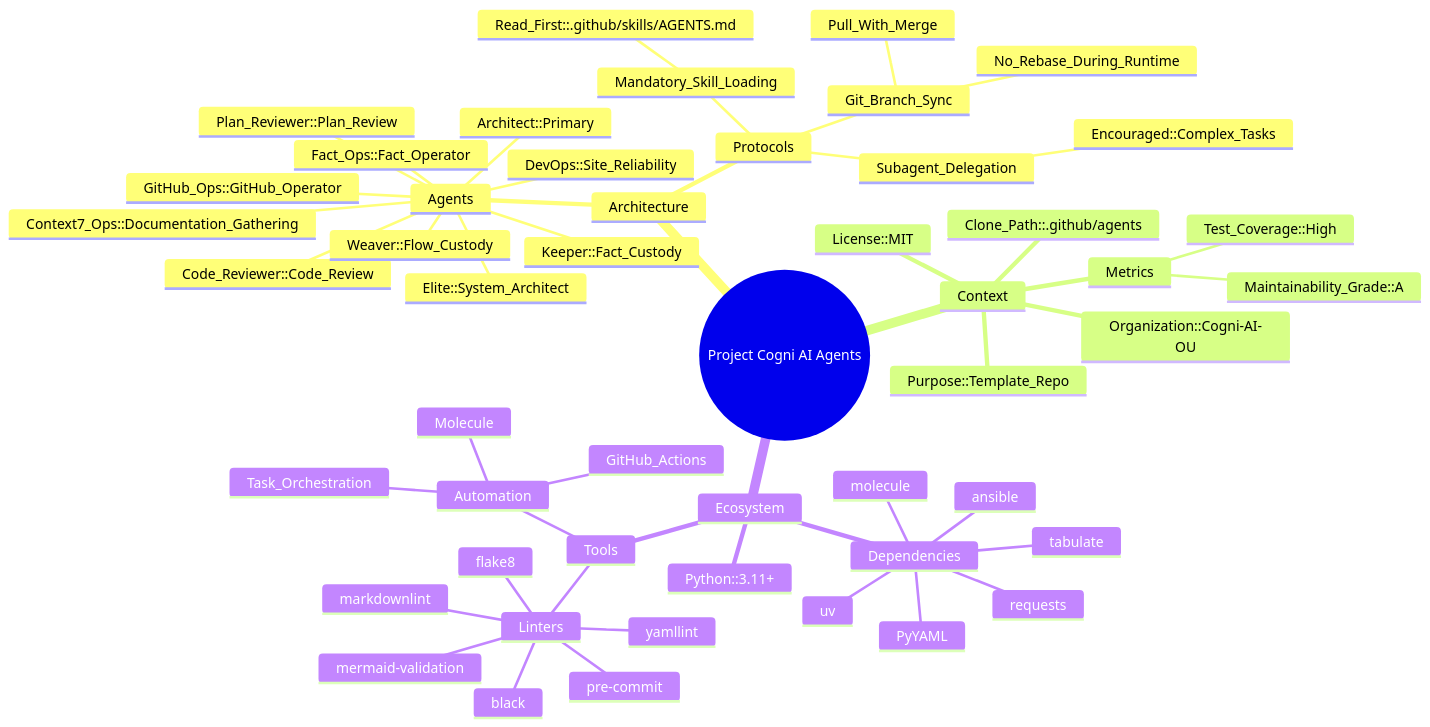
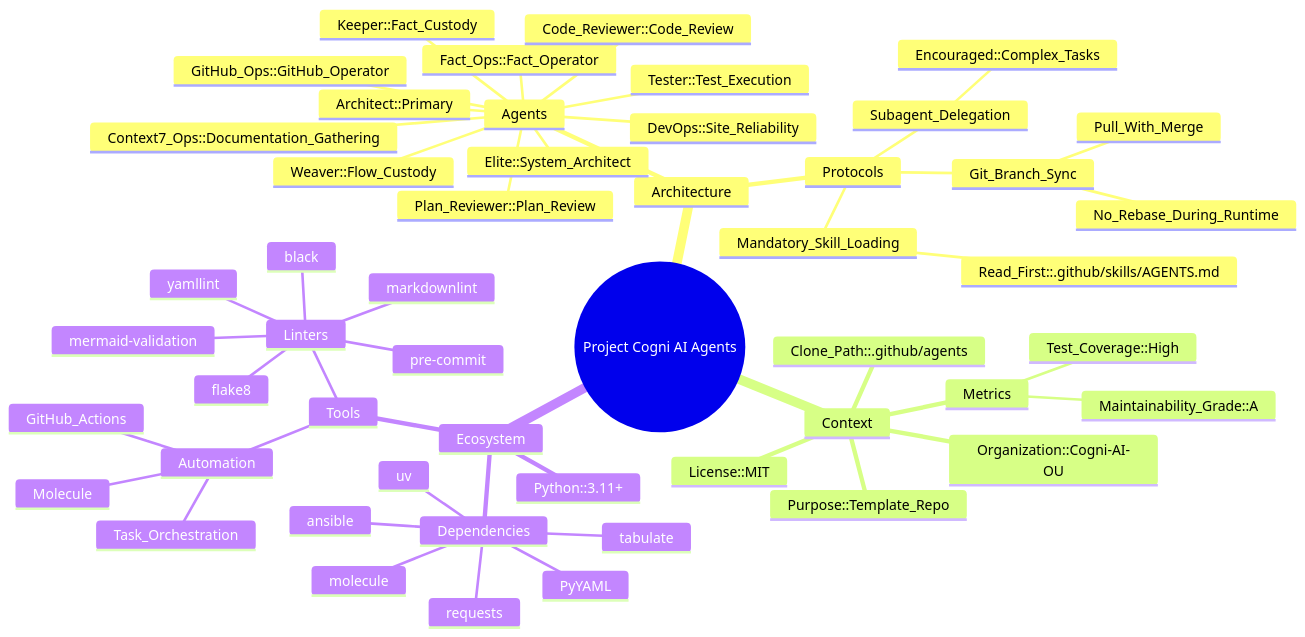
One commit to Cogni-AI-OU/cogni-ai-agents changed the diagram in FACTS.mmd. Above: the diagram before and after it, drawn with Mermaid. The commit also changed 3 other files, not shown here.

```diff
--- a/FACTS.mmd
+++ b/FACTS.mmd
@@ -1,54 +1,55 @@
 %% Project's facts
 %% Note: Keep items in alphabetical order.
 mindmap
   root((Project Cogni AI Agents))
     Architecture
       Agents
         Architect::Primary
         Context7_Ops::Documentation_Gathering
         DevOps::Site_Reliability
         Elite::System_Architect
         Fact_Ops::Fact_Operator
         GitHub_Ops::GitHub_Operator
         Keeper::Fact_Custody
         Code_Reviewer::Code_Review
         Plan_Reviewer::Plan_Review
+        Tester::Test_Execution
         Weaver::Flow_Custody
       Protocols
         Git_Branch_Sync
           No_Rebase_During_Runtime
           Pull_With_Merge
         Mandatory_Skill_Loading
           Read_First::.github/skills/AGENTS.md
         Subagent_Delegation
           Encouraged::Complex_Tasks
 
     Context
       Clone_Path::.github/agents
       License::MIT
       Metrics
         Maintainability_Grade::A
         Test_Coverage::High
       Organization::Cogni-AI-OU
       Purpose::Template_Repo
     Ecosystem
       Dependencies
         PyYAML
         ansible
         molecule
         requests
         tabulate
         uv
       Python::3.11+
       Tools
         Automation
           GitHub_Actions
           Molecule
           Task_Orchestration
         Linters
           black
           flake8
           markdownlint
           mermaid-validation
           pre-commit
           yamllint
```
